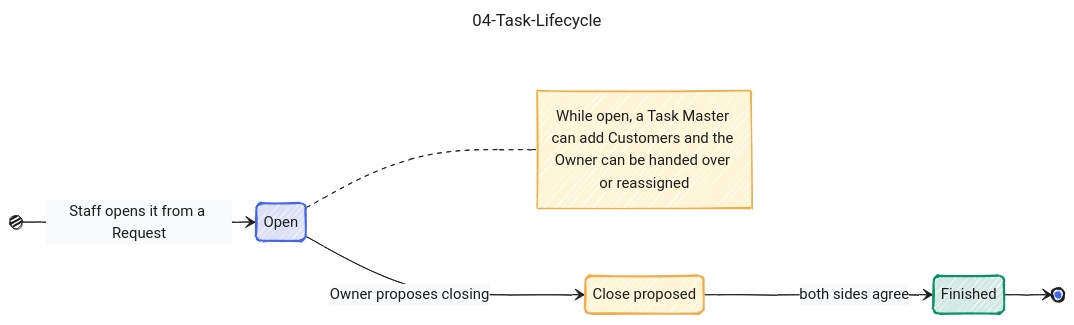
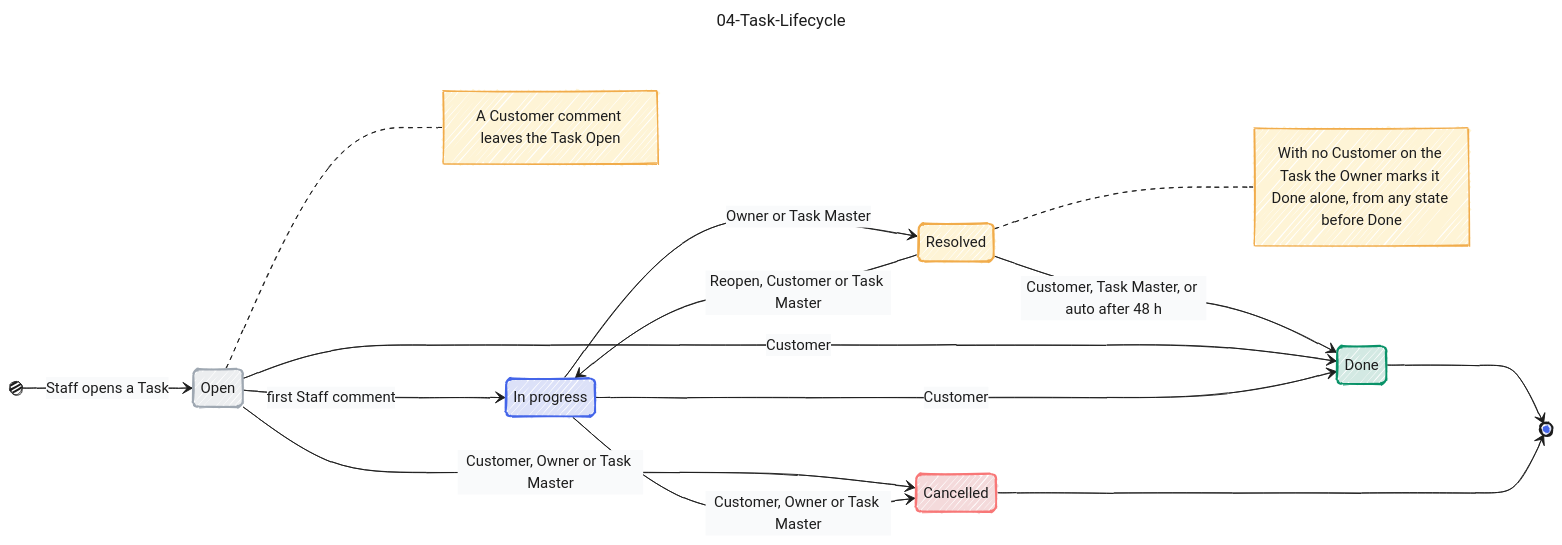
The diagram in docs/diagram/04-Task-Lifecycle.md (jedt3d/tasuku), drawn with Mermaid before and after one commit. The commit also changed other lines of this file and 15 other files, not shown here.

First line of the commit message:
docs(diagram): sync 04 and 07 with the spec, add 08-13

```diff
--- a/docs/diagram/04-Task-Lifecycle.md
+++ b/docs/diagram/04-Task-Lifecycle.md
@@ -80,15 +80,25 @@
 ---
 stateDiagram-v2
   direction LR
-  state "Close proposed" as CloseProposed
-  [*] --> Open : Staff opens it from a Request
-  Open --> CloseProposed : Owner proposes closing
-  CloseProposed --> Finished : both sides agree
-  Finished --> [*]
-  note right of Open : While open, a Task Master can add Customers and the Owner can be handed over or reassigned
-  class Open blue
-  class CloseProposed yellow
-  class Finished green
+  state "In progress" as InProgress
+  [*] --> Open : Staff opens a Task
+  Open --> InProgress : first Staff comment
+  InProgress --> Resolved : Owner or Task Master
+  Resolved --> InProgress : Reopen, Customer or Task Master
+  Resolved --> Done : Customer, Task Master, or auto after 48 h
+  Open --> Done : Customer
+  InProgress --> Done : Customer
+  Open --> Cancelled : Customer, Owner or Task Master
+  InProgress --> Cancelled : Customer, Owner or Task Master
+  Done --> [*]
+  Cancelled --> [*]
+  note right of Resolved : With no Customer on the Task the Owner marks it Done alone, from any state before Done
+  note right of Open : A Customer comment leaves the Task Open
+  class Open grey
+  class InProgress blue
+  class Resolved yellow
+  class Done green
+  class Cancelled lred
 
   classDef blue    fill:#dce1f8,stroke:#4465e9,stroke-width:2px,color:#1d1d1d
   classDef lblue   fill:#ddeefc,stroke:#4ba1f1,stroke-width:2px,color:#1d1d1d
```
